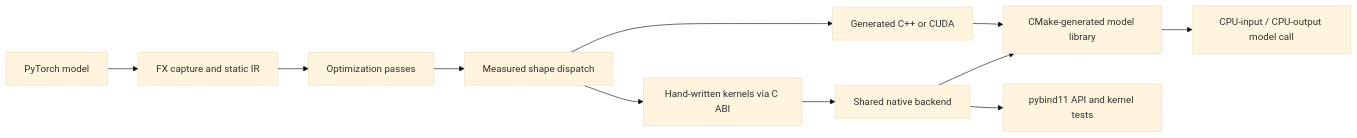
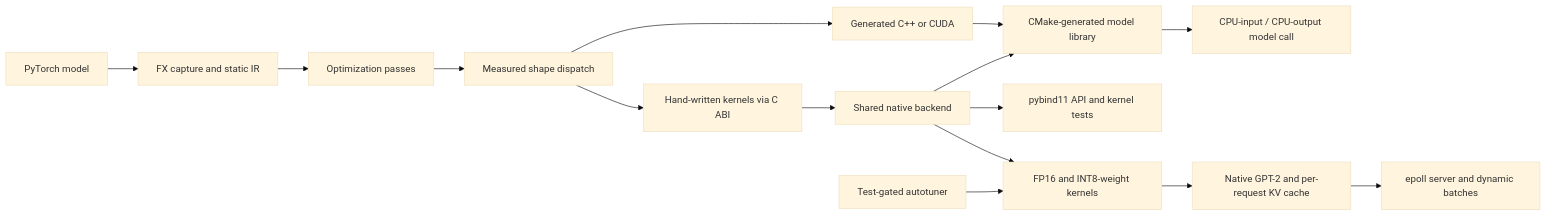
The diagram in README.md (kianbqh/tinyinfer), drawn with Mermaid (base theme) before and after one commit. The commit also changed other lines of this file and 73 other files, not shown here.

Commit message:
Add native GPT-2 runtime and v2 inference experiments

````diff
--- a/README.md
+++ b/README.md
@@ -5,13 +5,17 @@
 ```mermaid
 flowchart LR
     P[PyTorch model] --> F[FX capture and static IR]
     F --> O[Optimization passes]
     O --> D[Measured shape dispatch]
     D --> G[Generated C++ or CUDA]
     D --> H[Hand-written kernels via C ABI]
     H --> B[Shared native backend]
     G --> J[CMake-generated model library]
     B --> J
     B --> Y[pybind11 API and kernel tests]
     J --> R[CPU-input / CPU-output model call]
+    B --> K[FP16 and INT8-weight kernels]
+    K --> L[Native GPT-2 and per-request KV cache]
+    L --> S[epoll server and dynamic batches]
+    A[Test-gated autotuner] --> K
 ```
````
